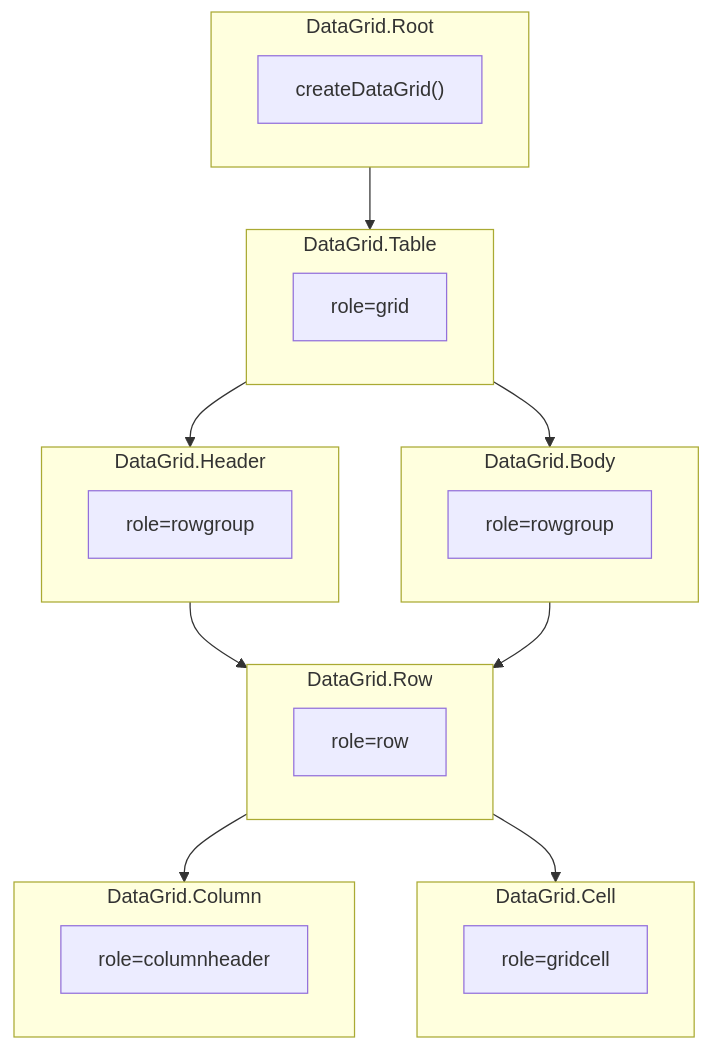
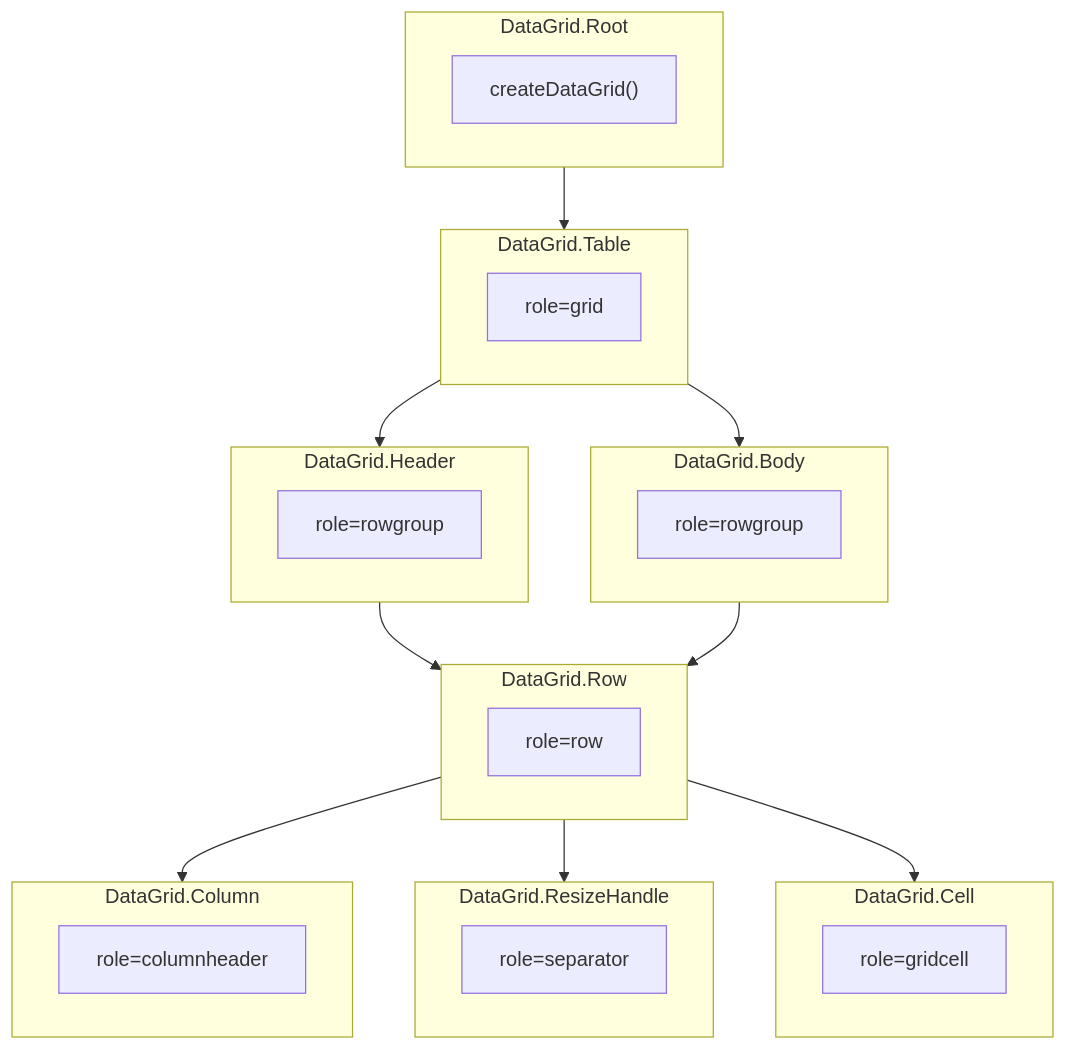
The diagram in apps/docs/src/pages/components/data/data-grid.md (vuetifyjs/0), drawn with Mermaid before and after one commit. The commit also changed other lines of this file and 7 other files, not shown here.

First line of the commit message:
feat(DataGrid): add ResizeHandle for column resizing via Splitter interaction

````diff
--- a/apps/docs/src/pages/components/data/data-grid.md
+++ b/apps/docs/src/pages/components/data/data-grid.md
@@ -71,38 +89,43 @@
 ```mermaid "DataGrid Context"
 flowchart TD
   subgraph Root["DataGrid.Root"]
     Context["createDataGrid()"]
   end
 
   subgraph Table["DataGrid.Table"]
     role["role=grid"]
   end
 
   subgraph Header["DataGrid.Header"]
     HeaderRole["role=rowgroup"]
   end
 
   subgraph Body["DataGrid.Body"]
     BodyRole["role=rowgroup"]
   end
 
   subgraph Row["DataGrid.Row"]
     RowRole["role=row"]
   end
 
   subgraph Column["DataGrid.Column"]
     ColRole["role=columnheader"]
   end
 
+  subgraph ResizeHandle["DataGrid.ResizeHandle"]
+    HandleRole["role=separator"]
+  end
+
   subgraph Cell["DataGrid.Cell"]
     CellRole["role=gridcell"]
   end
 
   Root --> Table
   Table --> Header
   Table --> Body
   Header --> Row
   Body --> Row
   Row --> Column
+  Row --> ResizeHandle
   Row --> Cell
 ```
````
